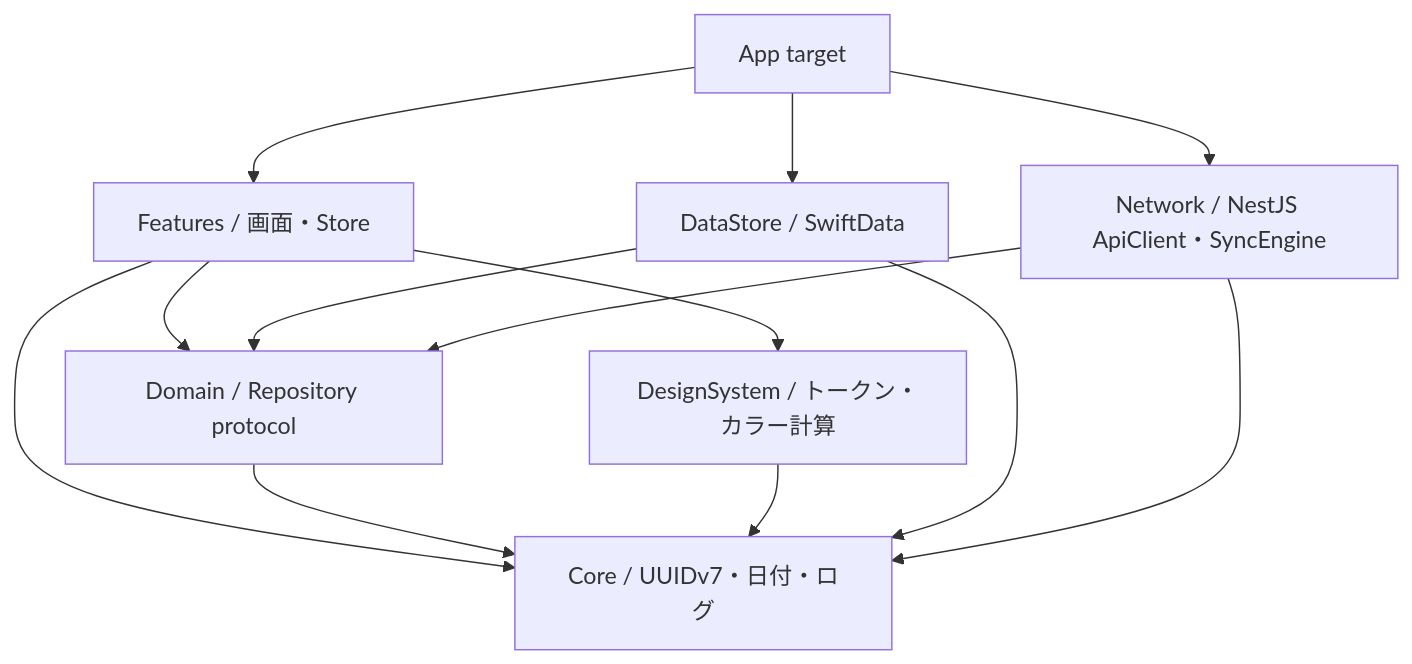
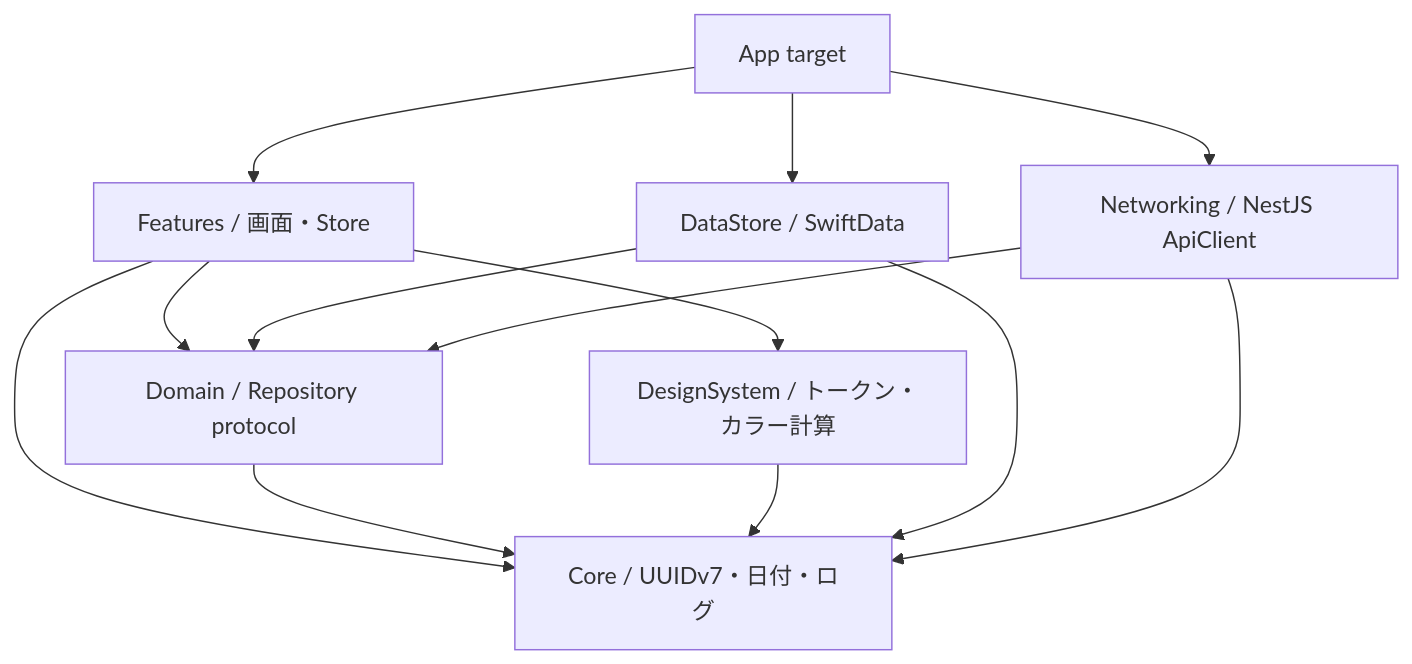
The first of 2 diagrams in docs/05-ios-client.md (yumori59/otakuApp), drawn with Mermaid before and after one commit. The commit also changed other lines of this file and 2 other files, not shown here.

Commit message:
docs: rename Network package to Networking in docs/05, STATUS and CLAUDE.md

````diff
--- a/docs/05-ios-client.md
+++ b/docs/05-ios-client.md
@@ -33,16 +33,16 @@
 ```mermaid
 graph TD
     App[App target] --> Features
     App --> DataStore
-    App --> Network
+    App --> Networking
     Features[Features / 画面・Store] --> Domain
     Features --> DesignSystem
     Features --> Core
     Domain[Domain / Repository protocol] --> Core
     DataStore[DataStore / SwiftData] --> Domain
-    Network[Network / NestJS ApiClient・SyncEngine] --> Domain
+    Networking[Networking / NestJS ApiClient] --> Domain
     DesignSystem[DesignSystem / トークン・カラー計算] --> Core
     DataStore --> Core
-    Network --> Core
+    Networking --> Core
     Core[Core / UUIDv7・日付・ログ]
 ```
````
